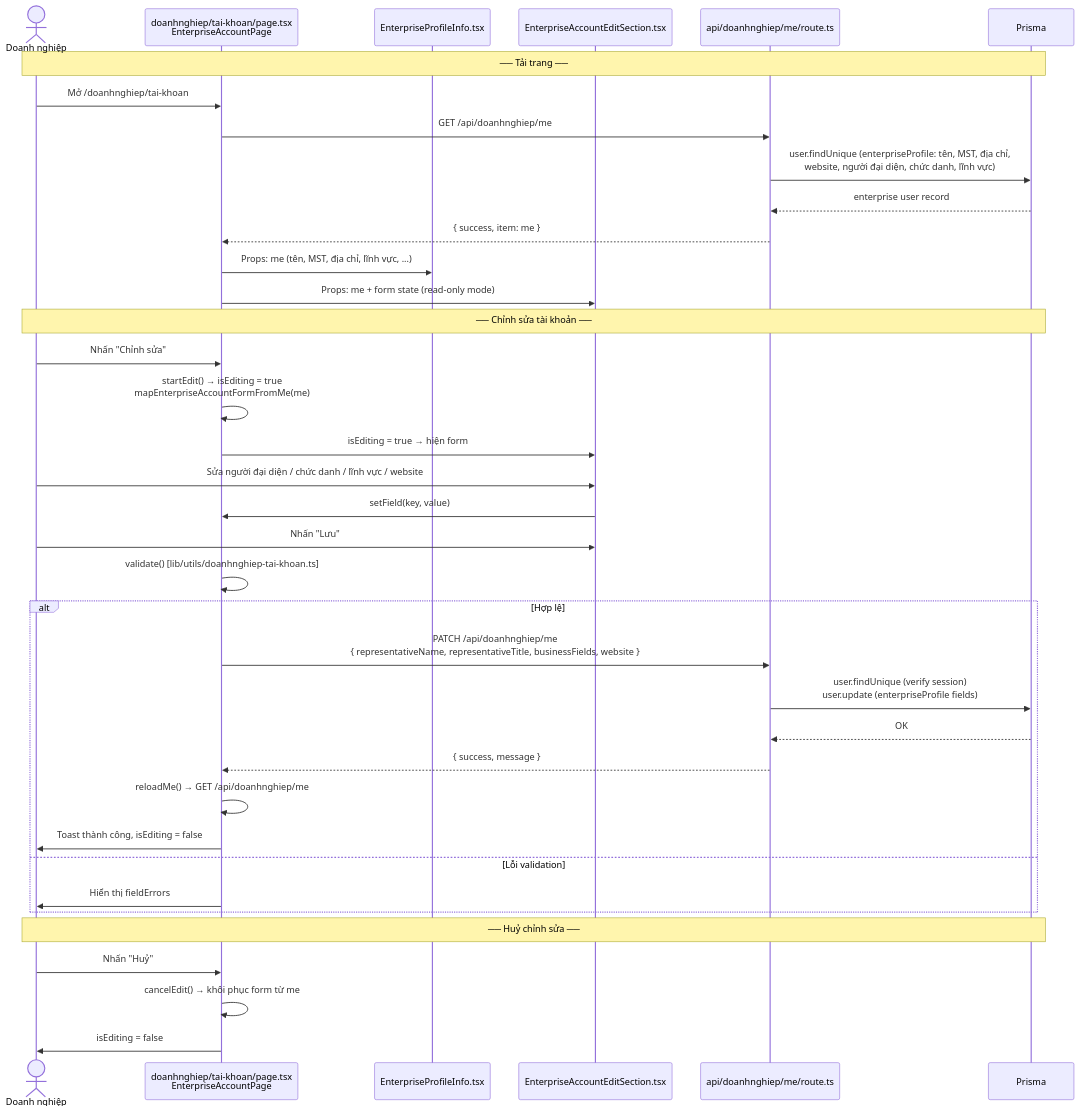
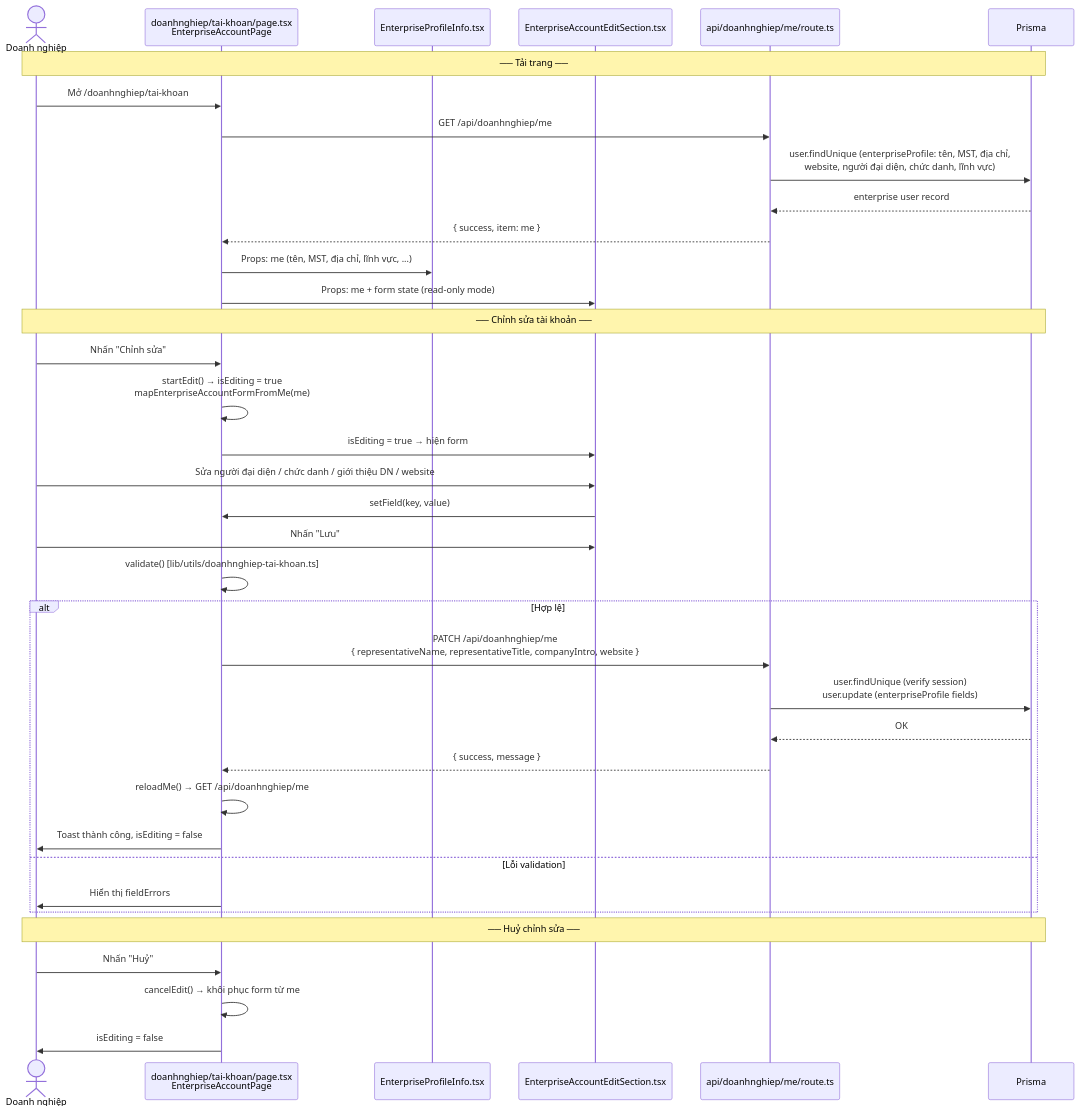
One commit to dmt041104111003/manage_utc changed the first of 6 diagrams in docs/doanhnghiep.md. Above: the diagram before and after it, drawn with Mermaid. The commit also changed other lines of this file and 9 other files, not shown here.

````diff
--- a/docs/doanhnghiep.md
+++ b/docs/doanhnghiep.md
@@ -103,43 +103,43 @@
 ```mermaid
 sequenceDiagram
     actor DN as Doanh nghiệp
     participant Page as doanhnghiep/tai-khoan/page.tsx<br/>EnterpriseAccountPage
     participant ProfileInfo as EnterpriseProfileInfo.tsx
     participant EditSection as EnterpriseAccountEditSection.tsx
     participant API as api/doanhnghiep/me/route.ts
     participant DB as Prisma
 
     Note over DN,DB: ── Tải trang ──
     DN->>Page: Mở /doanhnghiep/tai-khoan
     Page->>API: GET /api/doanhnghiep/me
     API->>DB: user.findUnique (enterpriseProfile: tên, MST, địa chỉ,<br/>website, người đại diện, chức danh, lĩnh vực)
     DB-->>API: enterprise user record
     API-->>Page: { success, item: me }
     Page->>ProfileInfo: Props: me (tên, MST, địa chỉ, lĩnh vực, ...)
     Page->>EditSection: Props: me + form state (read-only mode)
 
     Note over DN,DB: ── Chỉnh sửa tài khoản ──
     DN->>Page: Nhấn "Chỉnh sửa"
     Page->>Page: startEdit() → isEditing = true<br/>mapEnterpriseAccountFormFromMe(me)
     Page->>EditSection: isEditing = true → hiện form
-    DN->>EditSection: Sửa người đại diện / chức danh / lĩnh vực / website
+    DN->>EditSection: Sửa người đại diện / chức danh / giới thiệu DN / website
     EditSection->>Page: setField(key, value)
 
     DN->>EditSection: Nhấn "Lưu"
     Page->>Page: validate() [lib/utils/doanhnghiep-tai-khoan.ts]
     alt Hợp lệ
-        Page->>API: PATCH /api/doanhnghiep/me<br/>{ representativeName, representativeTitle, businessFields, website }
+        Page->>API: PATCH /api/doanhnghiep/me<br/>{ representativeName, representativeTitle, companyIntro, website }
         API->>DB: user.findUnique (verify session)<br/>user.update (enterpriseProfile fields)
         DB-->>API: OK
         API-->>Page: { success, message }
         Page->>Page: reloadMe() → GET /api/doanhnghiep/me
         Page->>DN: Toast thành công, isEditing = false
     else Lỗi validation
         Page->>DN: Hiển thị fieldErrors
     end
 
     Note over DN,DB: ── Huỷ chỉnh sửa ──
     DN->>Page: Nhấn "Huỷ"
     Page->>Page: cancelEdit() → khôi phục form từ me
     Page->>DN: isEditing = false
 ```
````
